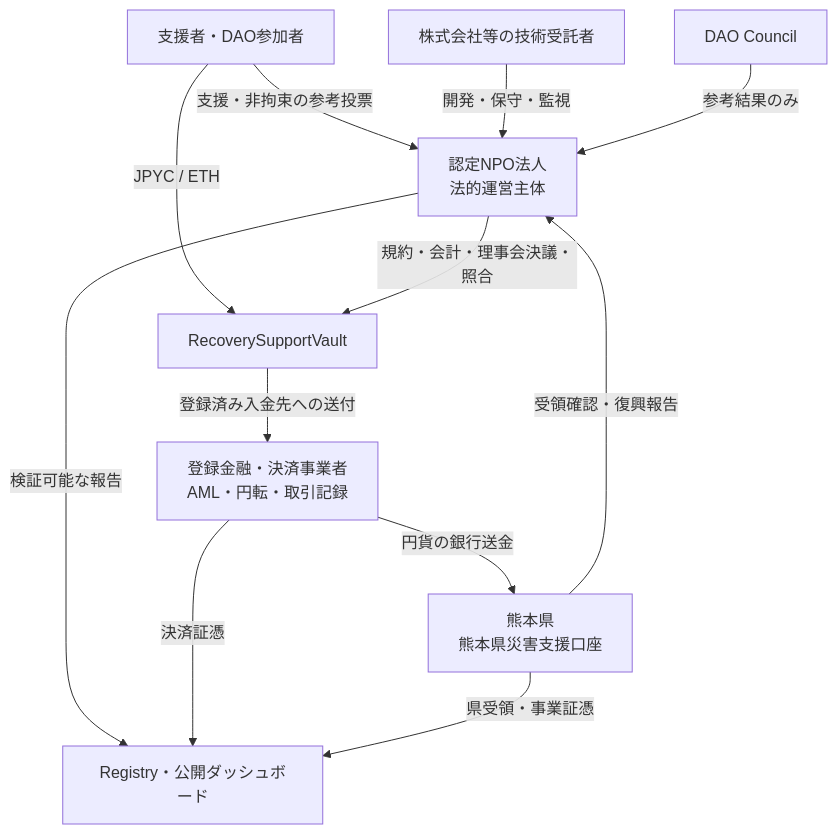
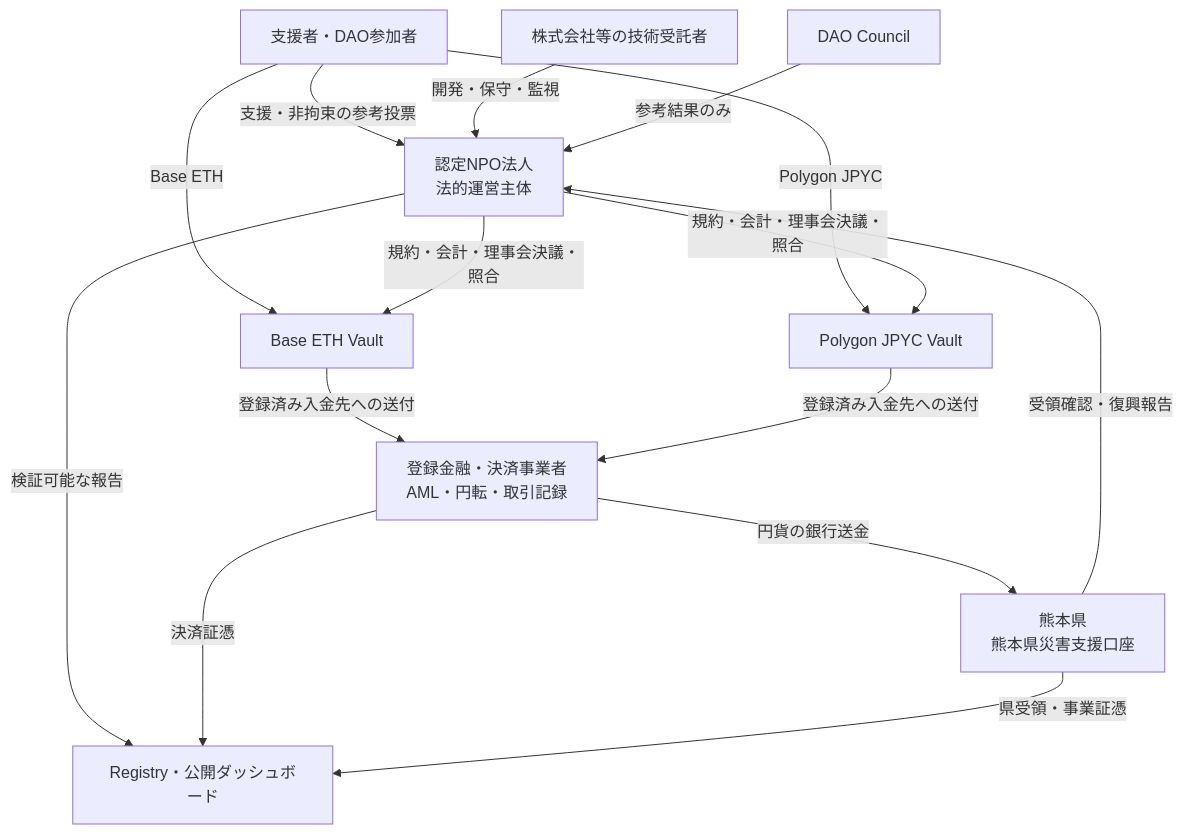
The second of 5 diagrams in docs/architecture.md (ShigeichiroYamasaki/yui-no-kaki-kumamoto), drawn with Mermaid before and after one commit. The commit also changed other lines of this file and 38 other files, not shown here.

Commit message:
Implement Base ETH and Polygon JPYC production split

````diff
--- a/docs/architecture.md
+++ b/docs/architecture.md
@@ -26,14 +33,17 @@
 ```mermaid
 flowchart TB
   D["支援者・DAO参加者"] -->|"支援・非拘束の参考投票"| N["認定NPO法人<br/>法的運営主体"]
-  D -->|"JPYC / ETH"| V["RecoverySupportVault"]
-  N -->|"規約・会計・理事会決議・照合"| V
-  V -->|"登録済み入金先への送付"| F["登録金融・決済事業者<br/>AML・円転・取引記録"]
+  D -->|"Base ETH"| BV["Base ETH Vault"]
+  D -->|"Polygon JPYC"| PV["Polygon JPYC Vault"]
+  N -->|"規約・会計・理事会決議・照合"| BV
+  N -->|"規約・会計・理事会決議・照合"| PV
+  BV -->|"登録済み入金先への送付"| F["登録金融・決済事業者<br/>AML・円転・取引記録"]
+  PV -->|"登録済み入金先への送付"| F
   F -->|"円貨の銀行送金"| P["熊本県<br/>熊本県災害支援口座"]
   P -->|"受領確認・復興報告"| N
   K["株式会社等の技術受託者"] -->|"開発・保守・監視"| N
   C["DAO Council"] -->|"参考結果のみ"| N
   N -->|"検証可能な報告"| R["Registry・公開ダッシュボード"]
   F -->|"決済証憑"| R
   P -->|"県受領・事業証憑"| R
 ```
````
